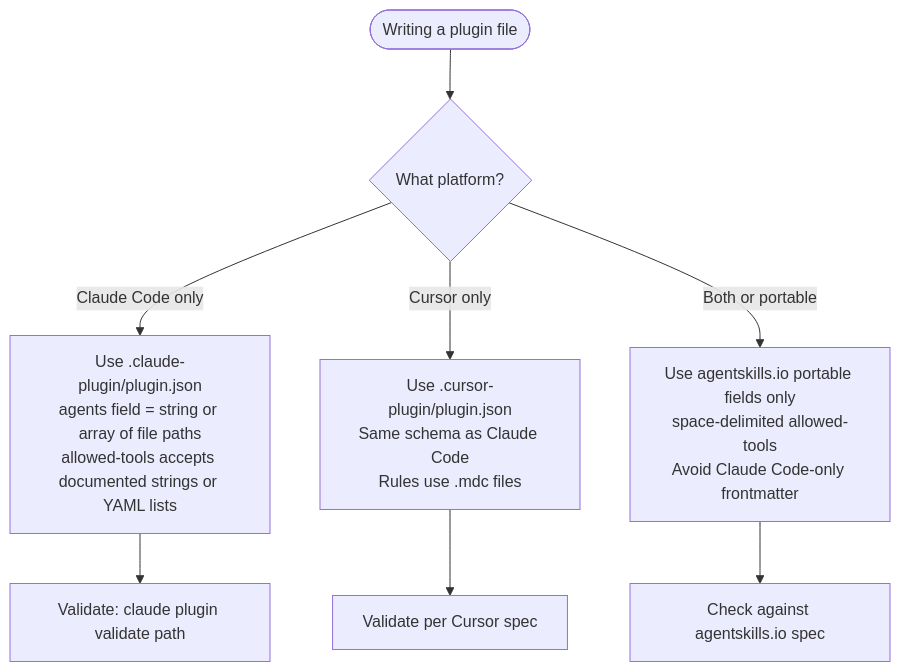
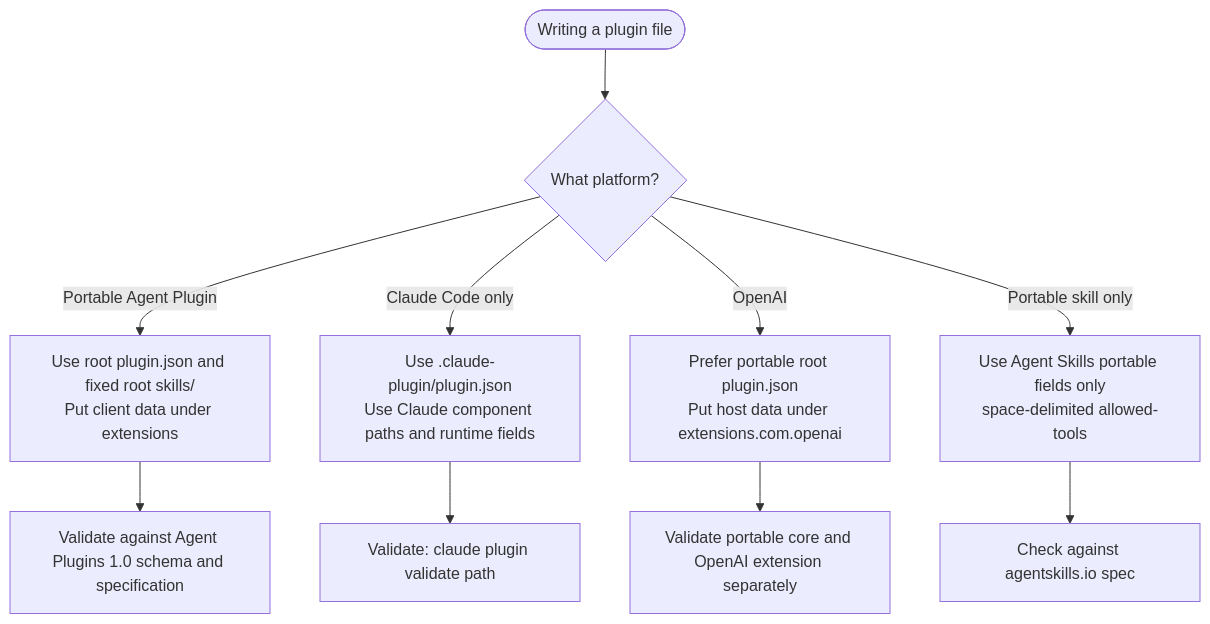
Before and after one commit to Jamie-BitFlight/claude_skills: the diagram in plugins/plugin-creator/skills/skill-creator/references/agent-plugin-ecosystem.md, drawn with Mermaid. The commit also changed other lines of this file and 18 other files, not shown here.

Commit message:
docs(plugin-creator): document plugin skill boundaries

````diff
--- a/plugins/plugin-creator/skills/skill-creator/references/agent-plugin-ecosystem.md
+++ b/plugins/plugin-creator/skills/skill-creator/references/agent-plugin-ecosystem.md
@@ -143,10 +224,12 @@
 ```mermaid
 flowchart TD
     Start([Writing a plugin file]) --> Q1{What platform?}
-    Q1 -->|Claude Code only| CC[Use .claude-plugin/plugin.json<br>agents field = string or array of file paths<br>allowed-tools accepts documented strings or YAML lists]
-    Q1 -->|Cursor only| CU[Use .cursor-plugin/plugin.json<br>Same schema as Claude Code<br>Rules use .mdc files]
-    Q1 -->|Both or portable| Both[Use agentskills.io portable fields only<br>space-delimited allowed-tools<br>Avoid Claude Code-only frontmatter]
+    Q1 -->|Portable Agent Plugin| AP[Use root plugin.json and fixed root skills/<br>Put client data under extensions]
+    Q1 -->|Claude Code only| CC[Use .claude-plugin/plugin.json<br>Use Claude component paths and runtime fields]
+    Q1 -->|OpenAI| OA[Prefer portable root plugin.json<br>Put host data under extensions.com.openai]
+    Q1 -->|Portable skill only| Both[Use Agent Skills portable fields only<br>space-delimited allowed-tools]
+    AP --> Val0[Validate against Agent Plugins 1.0 schema and specification]
     CC --> Val[Validate: claude plugin validate path]
-    CU --> Val2[Validate per Cursor spec]
+    OA --> Val2[Validate portable core and OpenAI extension separately]
     Both --> Val3[Check against agentskills.io spec]
 ```
````
